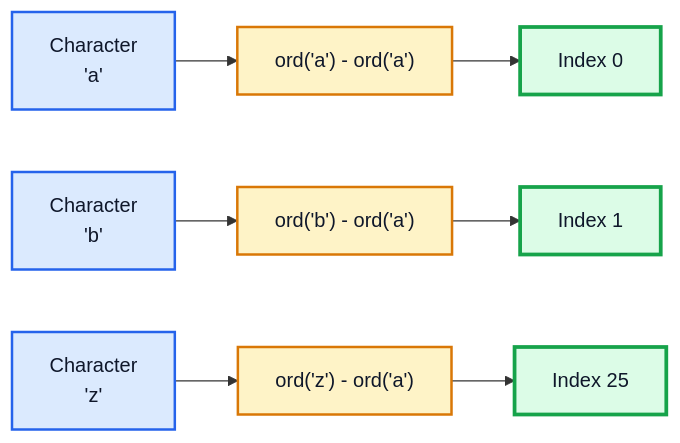
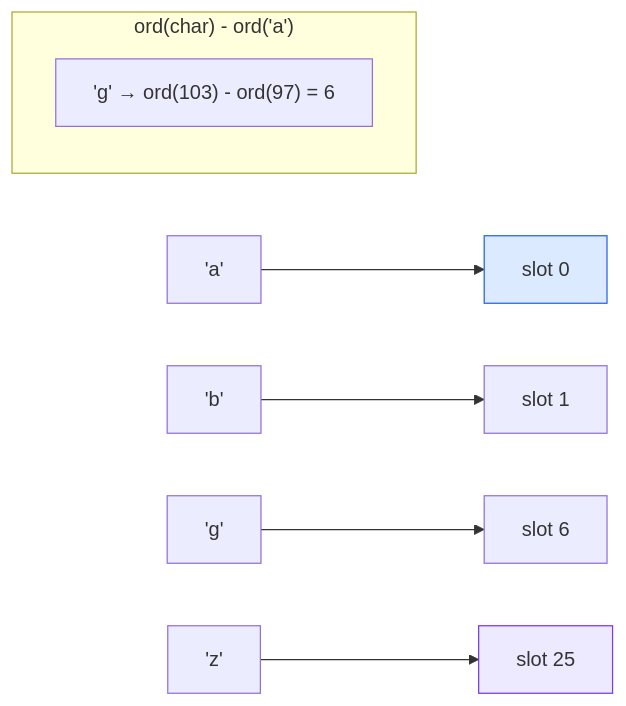
One commit to M-F-Tushar/LeetCode-Problem-Solving changed the eighth of 15 diagrams in 03 - Valid Anagram/README.md. Above: the diagram before and after it, drawn with Mermaid. The commit also changed other lines of this file, not shown here.

````diff
--- a/03 - Valid Anagram/README.md
+++ b/03 - Valid Anagram/README.md
@@ -296,19 +255,14 @@
 ```mermaid
 flowchart LR
-    A["Character<br/>'a'"] --> B["ord('a') - ord('a')"]
-    B --> C["Index 0"]
+    A["'a'"] --> I0["slot 0"]
+    B["'b'"] --> I1["slot 1"]
+    G["'g'"] --> I6["slot 6"]
+    Z["'z'"] --> I25["slot 25"]
 
-    D["Character<br/>'b'"] --> E["ord('b') - ord('a')"]
-    E --> F["Index 1"]
+    subgraph Formula["ord(char) - ord('a')"]
+        F["'g' → ord(103) - ord(97) = 6"]
+    end
 
-    G["Character<br/>'z'"] --> H["ord('z') - ord('a')"]
-    H --> I["Index 25"]
-
-    classDef char fill:#dbeafe,stroke:#2563eb,stroke-width:2px,color:#0f172a;
-    classDef calc fill:#fef3c7,stroke:#d97706,stroke-width:2px,color:#0f172a;
-    classDef index fill:#dcfce7,stroke:#16a34a,stroke-width:3px,color:#0f172a;
-
-    class A,D,G char;
-    class B,E,H calc;
-    class C,F,I index;
+    style I0 fill:#dbeafe,stroke:#2563eb
+    style I25 fill:#ede9fe,stroke:#7c3aed
 ```
````
